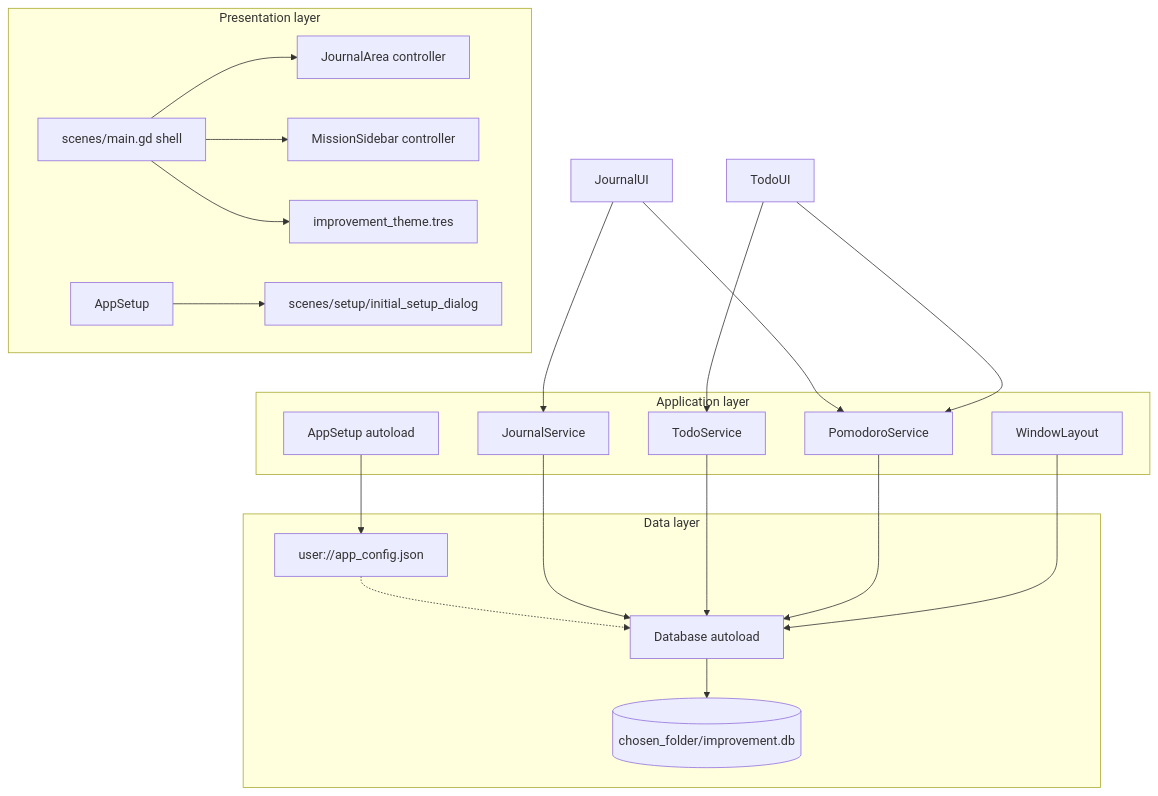
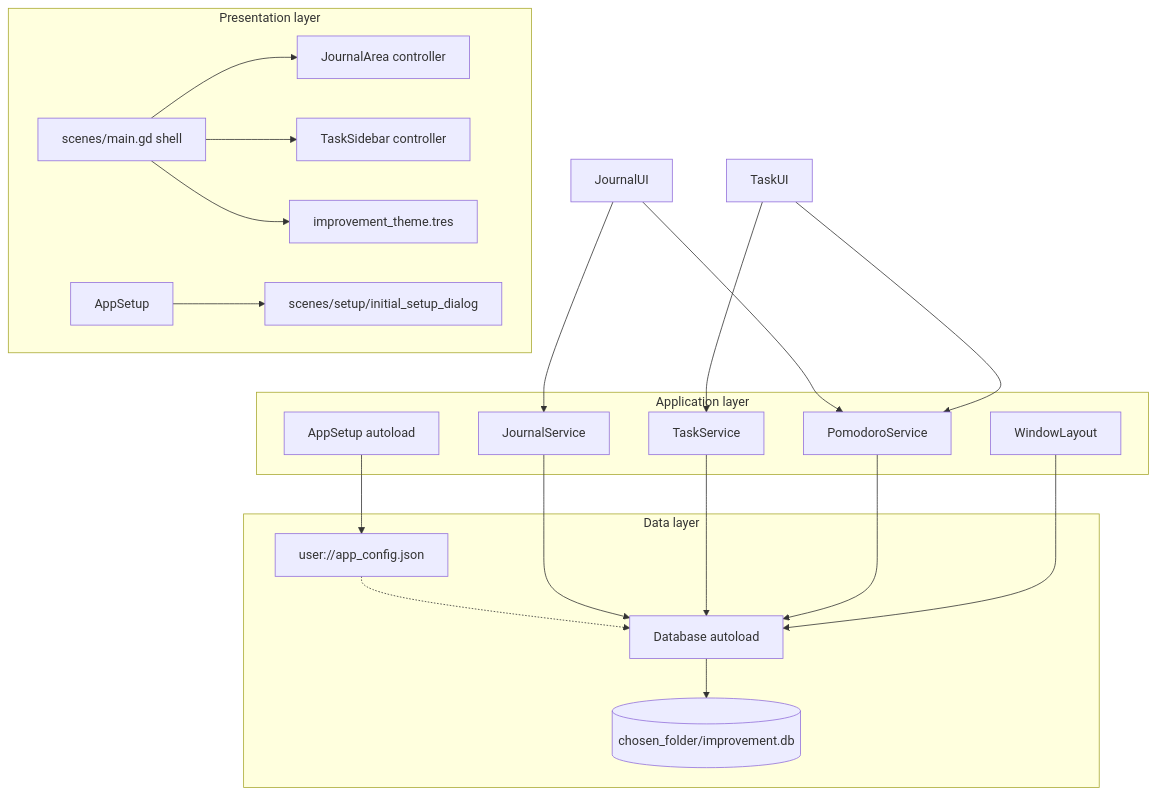
Before and after one commit to dgraham-io/improvement: the diagram in docs/architecture.md, drawn with Mermaid. The commit also changed other lines of this file and 55 other files, not shown here.

First line of the commit message:
Rename todo nomenclature to task

````diff
--- a/docs/architecture.md
+++ b/docs/architecture.md
@@ -27,40 +27,40 @@
 ```mermaid
 flowchart TB
   subgraph presentation [Presentation layer]
 	Main[scenes/main.gd shell]
 	Setup[scenes/setup/initial_setup_dialog]
 	JournalArea[JournalArea controller]
-	MissionSidebar[MissionSidebar controller]
+	TaskSidebar[TaskSidebar controller]
 	Theme[improvement_theme.tres]
 	Main --> JournalArea
-	Main --> MissionSidebar
+	Main --> TaskSidebar
 	Main --> Theme
 	AppSetup --> Setup
   end
 
   subgraph application [Application layer]
 	AppSetupSvc[AppSetup autoload]
 	JournalSvc[JournalService]
-	TodoSvc[TodoService]
+	TaskSvc[TaskService]
 	TimerSvc[PomodoroService]
 	WinLayout[WindowLayout]
   end
 
   subgraph data [Data layer]
 	AppConfig[user://app_config.json]
 	DbAutoload[Database autoload]
 	SQLite[(chosen_folder/improvement.db)]
 	DbAutoload --> SQLite
 	AppConfig -.-> DbAutoload
   end
 
   JournalUI --> JournalSvc
-  TodoUI --> TodoSvc
+  TaskUI --> TaskSvc
   JournalUI --> TimerSvc
-  TodoUI --> TimerSvc
+  TaskUI --> TimerSvc
   JournalSvc --> DbAutoload
-  TodoSvc --> DbAutoload
+  TaskSvc --> DbAutoload
   TimerSvc --> DbAutoload
   WinLayout --> DbAutoload
   AppSetupSvc --> AppConfig
 ```
````
